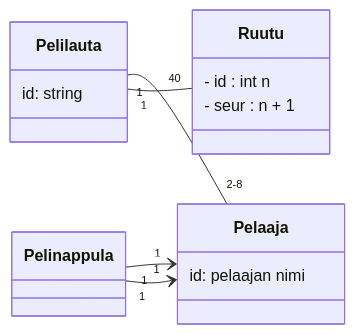
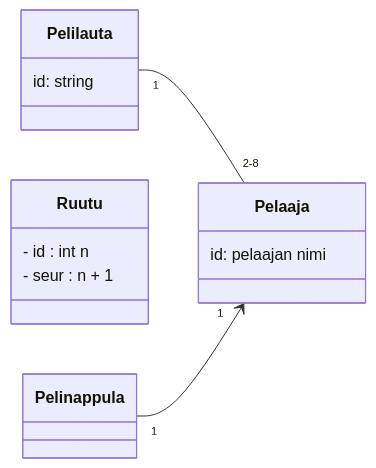
The diagram in laskarit/viikko3/monopoli.md (brotholi/ot-harjoitustyo), drawn with Mermaid before and after one commit.

````diff
--- a/laskarit/viikko3/monopoli.md
+++ b/laskarit/viikko3/monopoli.md
@@ -1,34 +1,33 @@
 ```mermaid
  classDiagram
     direction LR
     
     
     class Pelaaja {
         id: pelaajan nimi
     }
 
     class Pelilauta {
      id: string   
     }
     
     
     class Ruutu {
     - id : int n
     - seur : n + 1
     }
     
     class Pelinappula {
     }
     
 
     Pelilauta "1" -- "2-8" Pelaaja
-    Pelilauta "1" -- "40" Ruutu
+    direction DT
     Pelinappula "1" --> "1" Pelaaja
     
-    Pelinappula "1" --> "1" Pelaaja
     
     
 
 
     
 ```
````
